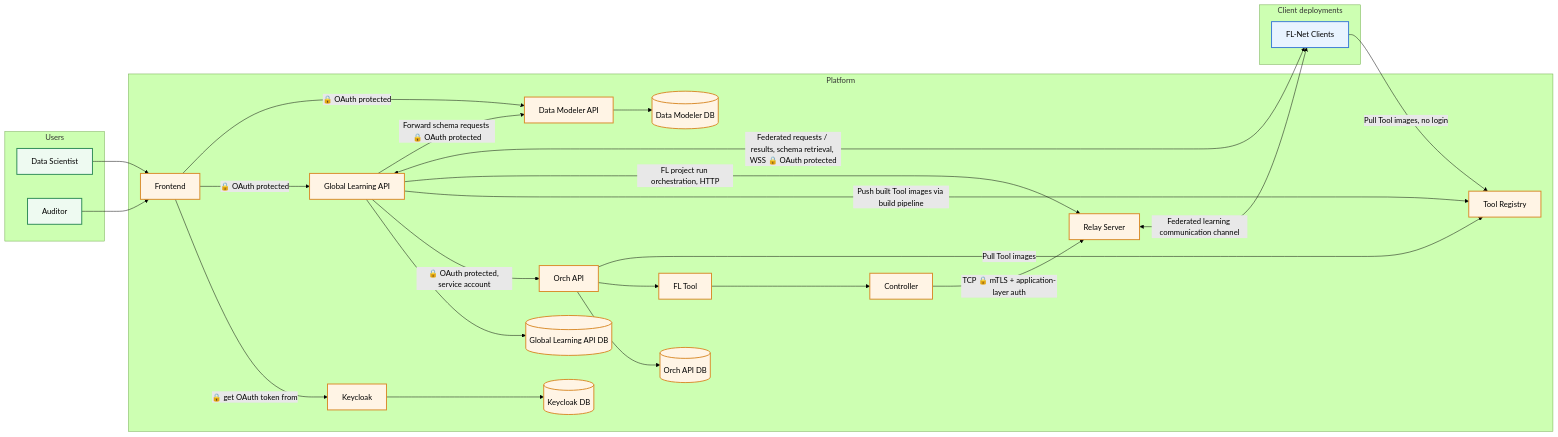
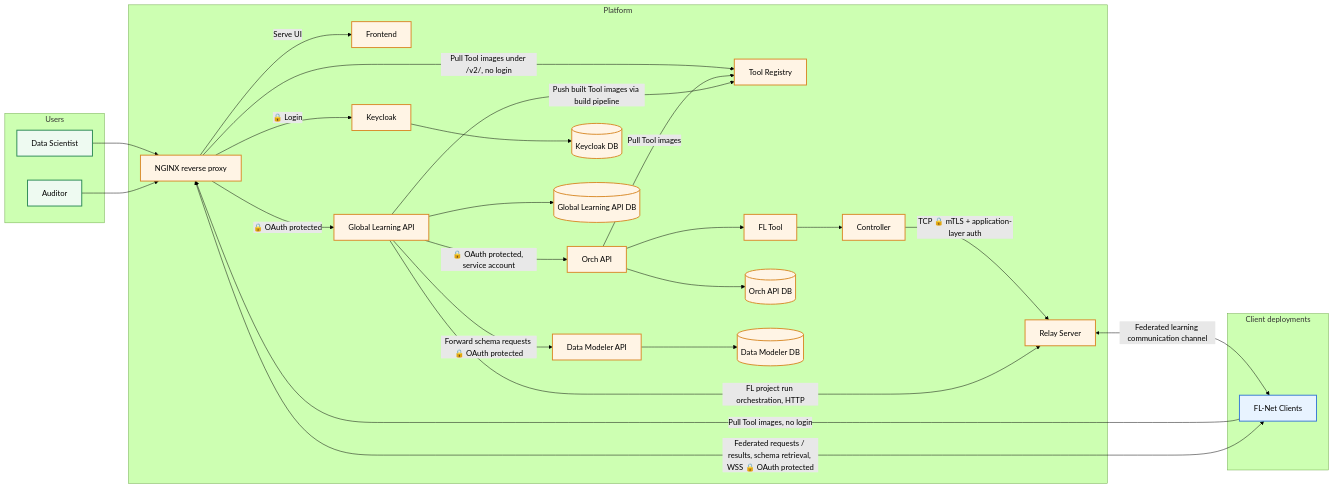
The diagram in docs/intro/architecture/technical-architecture-platform.md (FedLearnNet/Documentation), drawn with Mermaid (forest theme) before and after one commit. The commit also changed other lines of this file and 4 other files, not shown here.

````diff
--- a/docs/intro/architecture/technical-architecture-platform.md
+++ b/docs/intro/architecture/technical-architecture-platform.md
@@ -47,56 +47,58 @@
 ```mermaid
 flowchart LR
     subgraph Users["Users"]
         DS[Data Scientist]
         AU[Auditor]
     end
 
     subgraph Platform["Platform"]
+        PROXY[NGINX reverse proxy]
         FE[Frontend]
         KC[Keycloak]
         GLA[Global Learning API]
         DMA[Data Modeler API]
         ORCH[Orch API]
         TR[Tool Registry]
         TOOL[FL Tool]
         CTRL[Controller]
         RELAY[Relay Server]
         DB1[(Keycloak DB)]
         DB2[(Global Learning API DB)]
         DB3[(Orch API DB)]
         DB4[(Data Modeler DB)]
     end
 
     subgraph Clients["Client deployments"]
         CLIENTS[FL-Net Clients]
     end
 
-    DS --> FE
-    AU --> FE
-    FE -->|🔒 get OAuth token from | KC
-    FE -->|🔒 OAuth protected | GLA
-    FE -->|🔒 OAuth protected | DMA
+    DS --> PROXY
+    AU --> PROXY
+    PROXY -->|Serve UI| FE
+    PROXY -->|🔒 Login| KC
+    PROXY -->|🔒 OAuth protected | GLA
+    PROXY -->|Pull Tool images under /v2/, no login| TR
     GLA --> DB2
     DMA --> DB4
     GLA -->|🔒 OAuth protected, service account| ORCH
     ORCH --> DB3
     ORCH --> TOOL
     ORCH -->|Pull Tool images| TR
     GLA -->|Push built Tool images via build pipeline| TR
-    CLIENTS -->|Pull Tool images, no login| TR
+    CLIENTS -->|Pull Tool images, no login| PROXY
     TOOL --> CTRL
     CTRL -->|TCP 🔒 mTLS + application-layer auth| RELAY
     GLA -->|FL project run orchestration, HTTP| RELAY
     RELAY <-->|Federated learning communication channel| CLIENTS
     KC --> DB1
-    GLA <-->|Federated requests / results, schema retrieval, WSS 🔒 OAuth protected| CLIENTS
+    CLIENTS <-->|Federated requests / results, schema retrieval, WSS 🔒 OAuth protected| PROXY
     GLA -->|Forward schema requests 🔒 OAuth protected| DMA
 
     classDef user fill:#eefaf1,stroke:#2e8b57,stroke-width:2px,color:#000
     classDef client fill:#e8f3ff,stroke:#3a7bd5,stroke-width:2px,color:#000
     classDef platform fill:#fff4e5,stroke:#d98b2b,stroke-width:2px,color:#000
 
     class DS,AU user
-    class FE,KC,GLA,DMA,ORCH,TR,TOOL,CTRL,RELAY,DB1,DB2,DB3,DB4 platform
+    class PROXY,FE,KC,GLA,DMA,ORCH,TR,TOOL,CTRL,RELAY,DB1,DB2,DB3,DB4 platform
     class CLIENTS client
 ```
````
